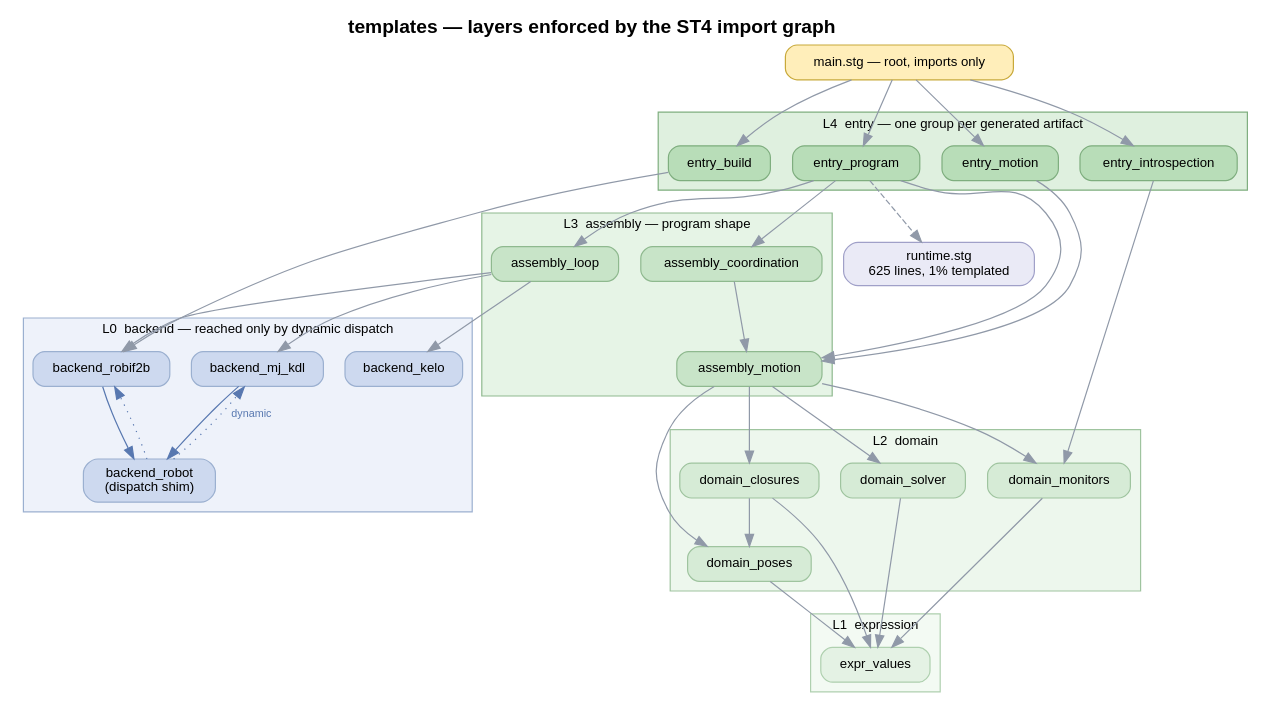
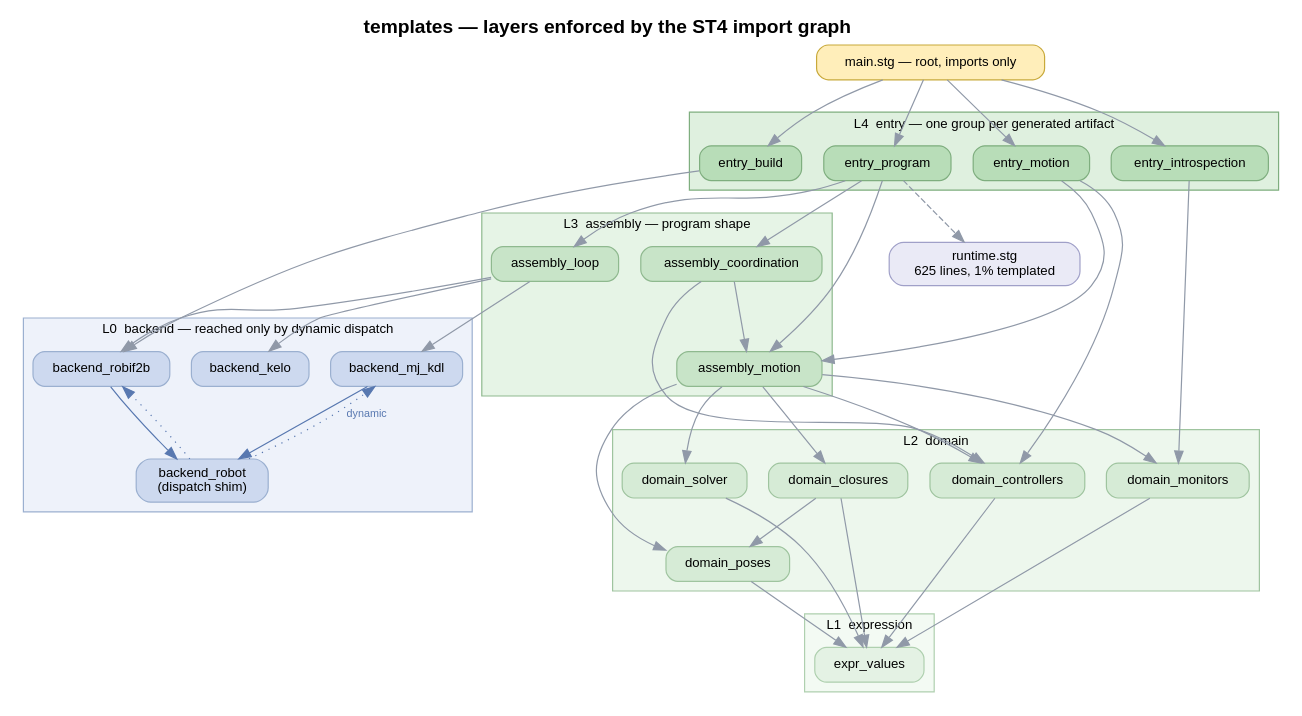
The diagram in docs/codegen-architecture/proposed-templates.dot (secorolab/motion-spec), drawn with Graphviz before and after one commit. The commit also changed 8 other files, not shown here.

Commit message:
Give controller C++ one birthplace in domain_controllers.stg

```diff
--- a/docs/codegen-architecture/proposed-templates.dot
+++ b/docs/codegen-architecture/proposed-templates.dot
@@ -1,44 +1,45 @@
 // SPDX-License-Identifier: MPL-2.0
 // Proposed template architecture. Rationale and measurements: README.md.
 digraph proposed_templates {
   rankdir=TB
   fontname="Helvetica" labelloc=t labeljust=c fontsize=16
   label=<<b>templates — layers enforced by the ST4 import graph</b>>
   node [fontname="Helvetica" fontsize=11 shape=box style="filled,rounded" height=0.4 margin="0.16,0.09"]
   edge [fontname="Helvetica" fontsize=9 color="#9099a8"]
 
   subgraph cluster4 { label="L4  entry — one group per generated artifact" style=filled fillcolor="#dff0df" fontsize=11 color="#7fae7f"
     node [fillcolor="#b8ddb8" color="#7fae7f"]
     e1 [label="entry_program"] e2 [label="entry_motion"]
     e3 [label="entry_introspection"] e4 [label="entry_build"] }
 
   subgraph cluster3 { label="L3  assembly — program shape" style=filled fillcolor="#e6f4e6" fontsize=11 color="#8fb98f"
     node [fillcolor="#c8e4c8" color="#8fb98f"]
     a1 [label="assembly_loop"] a2 [label="assembly_coordination"] a3 [label="assembly_motion"] }
 
   subgraph cluster2 { label="L2  domain" style=filled fillcolor="#edf7ed" fontsize=11 color="#9fc49f"
     node [fillcolor="#d6ebd6" color="#9fc49f"]
     d1 [label="domain_solver"] d2 [label="domain_closures"]
-    d3 [label="domain_monitors"] d4 [label="domain_poses"] }
+    d3 [label="domain_monitors"] d4 [label="domain_poses"]
+    d5 [label="domain_controllers"] }
 
   subgraph cluster1 { label="L1  expression" style=filled fillcolor="#f3faf3" fontsize=11 color="#afd0af"
     node [fillcolor="#e4f2e4" color="#afd0af"]
     x1 [label="expr_values"] }
 
   subgraph cluster0 { label="L0  backend — reached only by dynamic dispatch" style=filled fillcolor="#eef2fa" fontsize=11 color="#9bb0d0"
     node [fillcolor="#cdd9ef" color="#9bb0d0"]
     b0 [label="backend_robot\n(dispatch shim)"] b1 [label="backend_mj_kdl"]
     b2 [label="backend_robif2b"] b3 [label="backend_kelo"] }
 
   rt [label="runtime.stg\n625 lines, 1% templated" fillcolor="#eaeaf6" color="#a0a0c8"]
 
   root [label="main.stg — root, imports only" fillcolor="#ffeeba" color="#c8a93a"]
   root -> {e1 e2 e3 e4}
-  e1 -> {a1 a2 a3}  e2 -> a3  e3 -> d3  e4 -> b2
-  a1 -> {b1 b2 b3}  a2 -> a3  a3 -> {d1 d2 d3 d4}
-  d1 -> x1  d2 -> {d4 x1}  d3 -> x1  d4 -> x1
+  e1 -> {a1 a2 a3}  e2 -> {a3 d5}  e3 -> d3  e4 -> b2
+  a1 -> {b1 b2 b3}  a2 -> {a3 d5}  a3 -> {d1 d2 d3 d4 d5}
+  d1 -> x1  d2 -> {d4 x1}  d3 -> x1  d4 -> x1  d5 -> x1
   b1 -> b0 [color="#5878b0"]  b2 -> b0 [color="#5878b0"]
   e1 -> rt [style=dashed]
   b0 -> b1 [style=dotted color="#5878b0" constraint=false label="dynamic" fontcolor="#5878b0"]
   b0 -> b2 [style=dotted color="#5878b0" constraint=false]
 }
```
